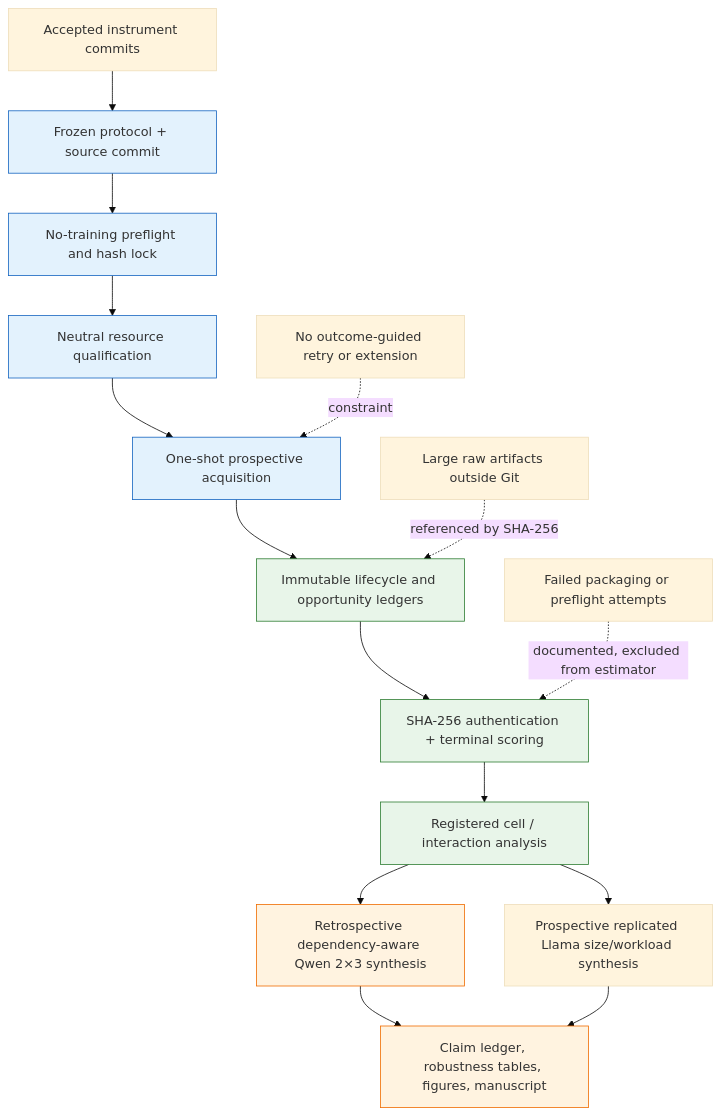
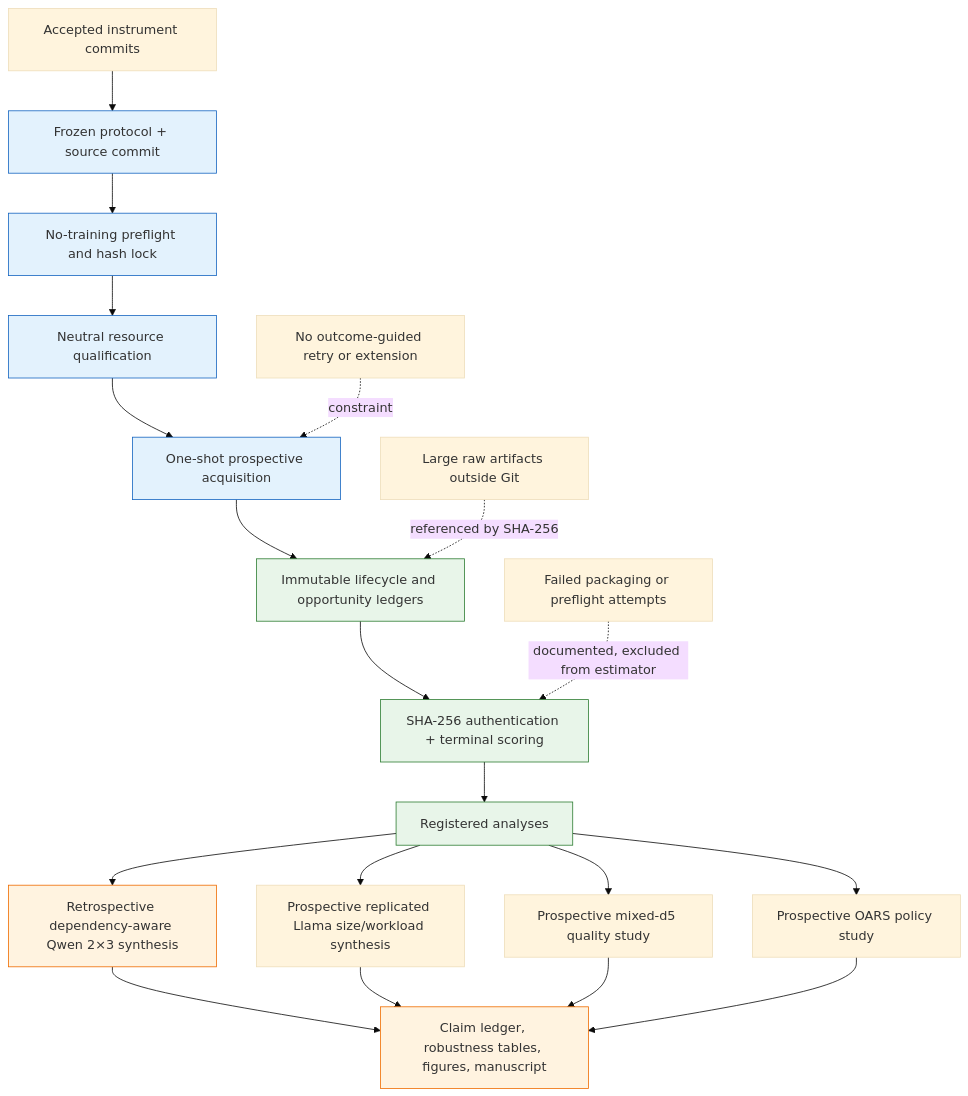
One commit to nvegesna-netizen/RL changed the diagram in reports/auto_research/2026-09-08-m4-opportunity-loss-paper/provenance_diagram.md. Above: the diagram before and after it, drawn with Mermaid (base theme). The commit also changed other lines of this file and 21 other files, not shown here.

````diff
--- a/reports/auto_research/2026-09-08-m4-opportunity-loss-paper/provenance_diagram.md
+++ b/reports/auto_research/2026-09-08-m4-opportunity-loss-paper/provenance_diagram.md
@@ -3,25 +3,29 @@
 ```mermaid
 flowchart TD
     I[Accepted instrument commits] --> P[Frozen protocol + source commit]
     P --> F[No-training preflight and hash lock]
     F --> Q[Neutral resource qualification]
     Q --> A[One-shot prospective acquisition]
     A --> R[Immutable lifecycle and opportunity ledgers]
     R --> H[SHA-256 authentication + terminal scoring]
-    H --> G[Registered cell / interaction analysis]
+    H --> G[Registered analyses]
     G --> S[Retrospective dependency-aware Qwen 2×3 synthesis]
     G --> L[Prospective replicated Llama size/workload synthesis]
+    G --> D[Prospective mixed-d5 quality study]
+    G --> O[Prospective OARS policy study]
     S --> M[Claim ledger, robustness tables, figures, manuscript]
     L --> M
+    D --> M
+    O --> M
 
     X[Failed packaging or preflight attempts] -. documented, excluded from estimator .-> H
     N[No outcome-guided retry or extension] -. constraint .-> A
     Z[Large raw artifacts outside Git] -. referenced by SHA-256 .-> R
 
     classDef frozen fill:#e3f2fd,stroke:#1565c0;
     classDef evidence fill:#e8f5e9,stroke:#2e7d32;
     classDef retrospective fill:#fff3e0,stroke:#ef6c00;
     class P,F,Q,A frozen;
     class R,H,G evidence;
     class S,M retrospective;
 ```
````
